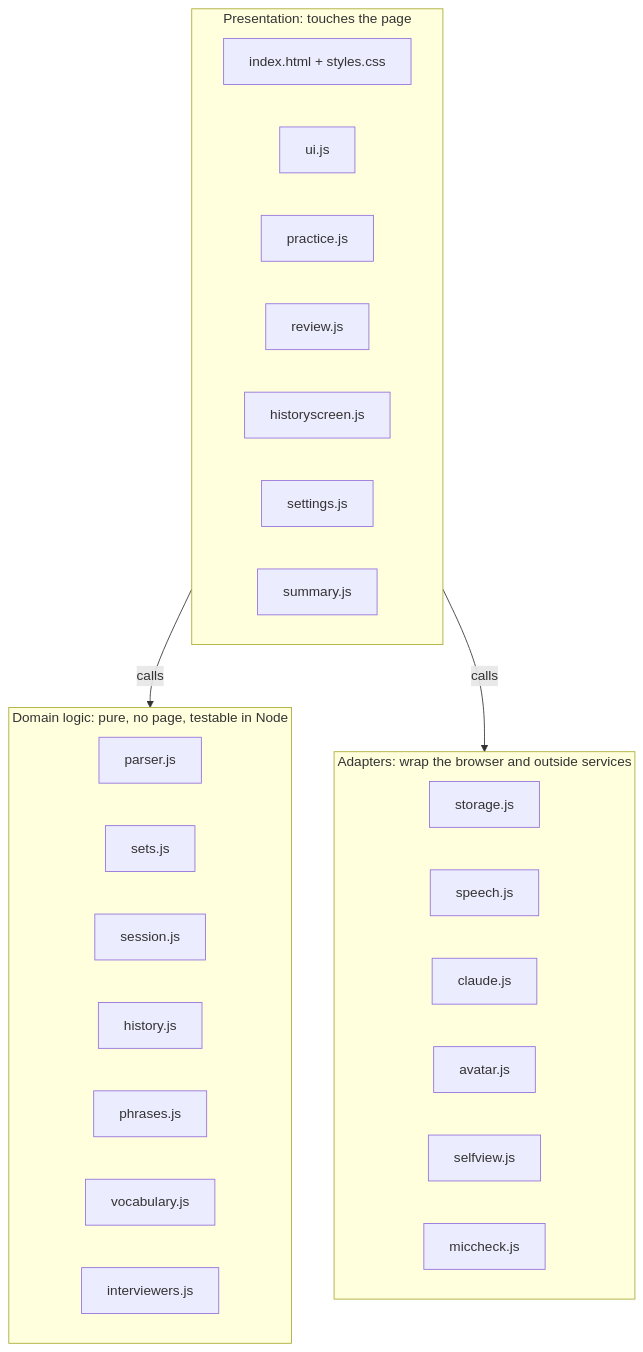
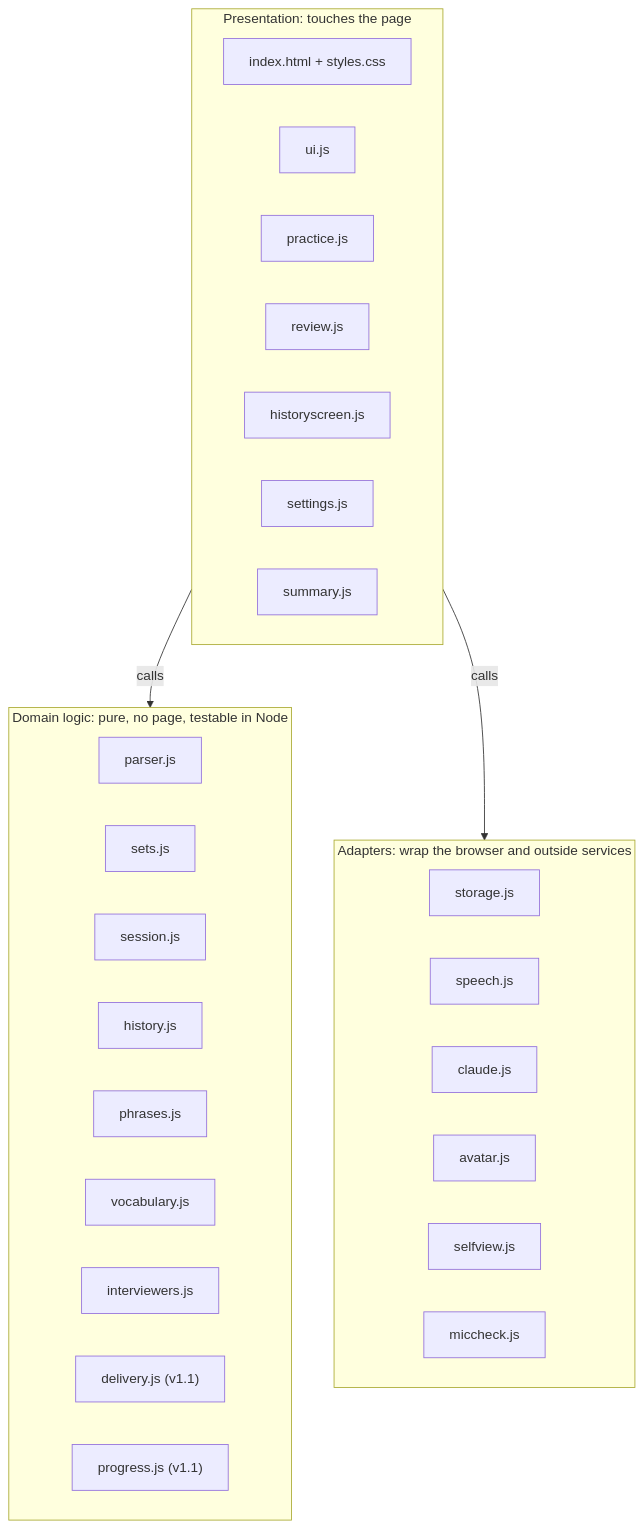
Before and after one commit to mehulp/interview-pal: the second of 6 diagrams in docs/architecture.md, drawn with Mermaid. The commit also changed other lines of this file and 4 other files, not shown here.

````diff
--- a/docs/architecture.md
+++ b/docs/architecture.md
@@ -51,34 +51,36 @@
 ```mermaid
 flowchart TB
     subgraph P["Presentation: touches the page"]
         direction LR
         P1["index.html + styles.css"]
         P2["ui.js"]
         P3["practice.js"]
         P4["review.js"]
         P5["historyscreen.js"]
         P6["settings.js"]
         P7["summary.js"]
     end
     subgraph D["Domain logic: pure, no page, testable in Node"]
         direction LR
         D1["parser.js"]
         D2["sets.js"]
         D3["session.js"]
         D4["history.js"]
         D5["phrases.js"]
         D6["vocabulary.js"]
         D7["interviewers.js"]
+        D8["delivery.js (v1.1)"]
+        D9["progress.js (v1.1)"]
     end
     subgraph A["Adapters: wrap the browser and outside services"]
         direction LR
         A1["storage.js"]
         A2["speech.js"]
         A3["claude.js"]
         A4["avatar.js"]
         A5["selfview.js"]
         A6["miccheck.js"]
     end
     P -->|calls| D
     P -->|calls| A
 ```
````
